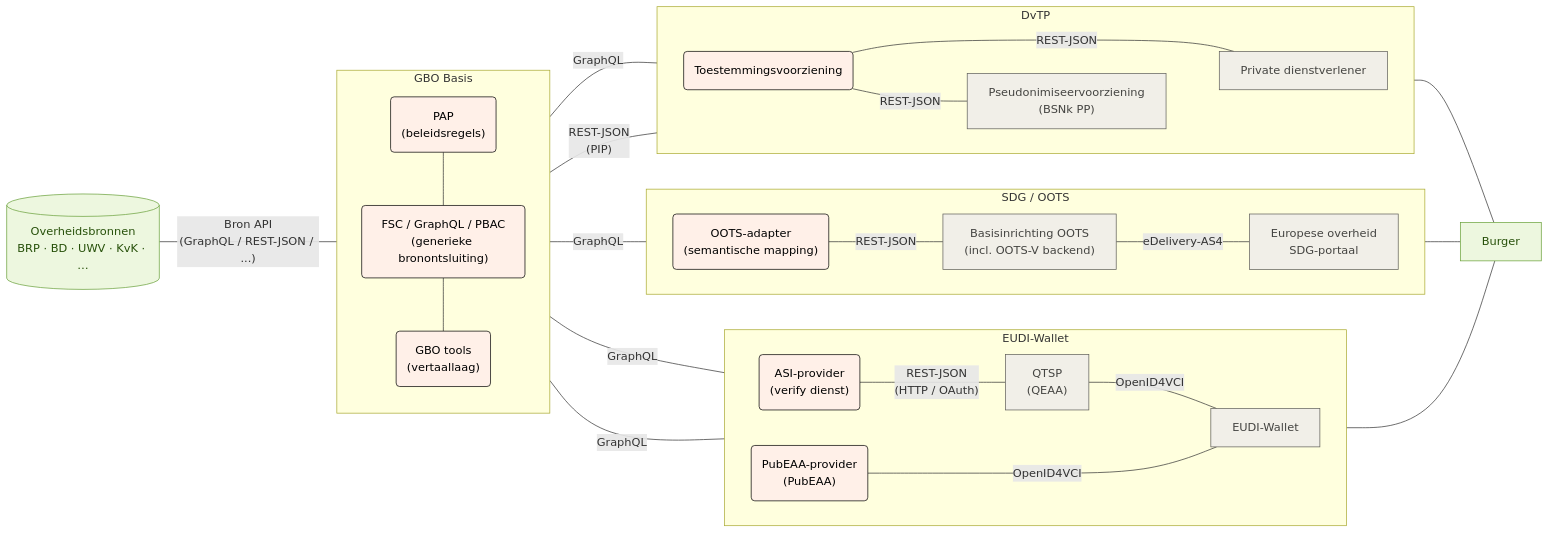
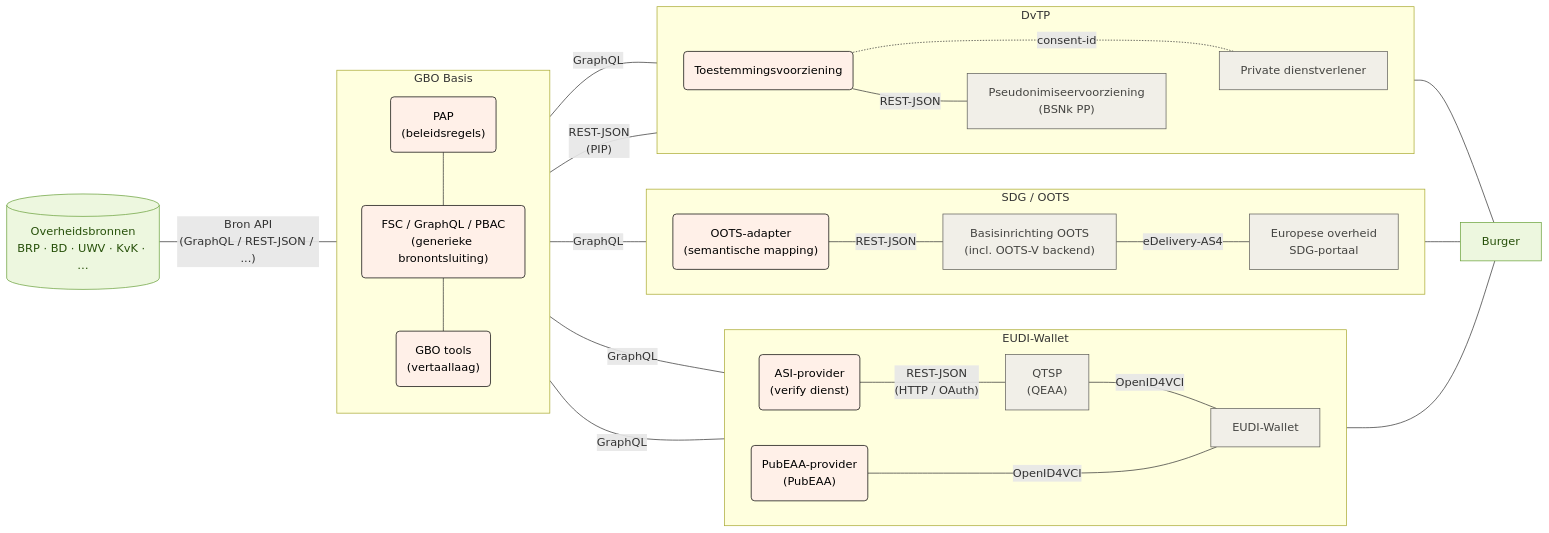
The diagram in main/diagrammen/gbo_swimlanes.mmd (ICTU/GBO-GO), drawn with Mermaid before and after one commit. The commit also changed 5 other files, not shown here.

```diff
--- a/main/diagrammen/gbo_swimlanes.mmd
+++ b/main/diagrammen/gbo_swimlanes.mmd
@@ -1,67 +1,67 @@
 flowchart LR
   subgraph gbo["GBO Basis"]
     direction TB
         fsc_pap("PAP<br/>(beleidsregels)")
         fsc("FSC / GraphQL / PBAC<br/>(generieke bronontsluiting)")
         fsc_tools("GBO tools<br/>(vertaallaag)")
   end
   subgraph eudi["EUDI-Wallet"]
     direction LR
         eudi_asi("ASI-provider<br/>(verify dienst)")
         eudi_pubeaa("PubEAA-provider<br/>(PubEAA)")
         eudi_qeaa["QTSP<br/>(QEAA)"]
         eudi_wallet["EUDI-Wallet"]
   end
   subgraph oots["SDG / OOTS"]
     direction LR
         oots_adapter("OOTS-adapter<br/>(semantische mapping)")
         oots_basis["Basisinrichting OOTS<br/>(incl. OOTS-V backend)"]
         oots_afnemer["Europese overheid<br/>SDG-portaal"]
   end
   subgraph dvtp["DvTP"]
     direction LR
         dvtp_toestemming("Toestemmingsvoorziening")
         dvtp_pseudoniem["Pseudonimiseervoorziening<br/>(BSNk PP)"]
         dvtp_afnemer["Private dienstverlener"]
   end
 
   fsc_pap --- fsc
   fsc --- fsc_tools
   bron[("Overheidsbronnen<br/>BRP · BD · UWV · KvK · …")] -- Bron API<br/>(GraphQL / REST-JSON / ...) --- gbo
   eudi_asi -- REST-JSON<br/>(HTTP / OAuth) --- eudi_qeaa
   eudi_qeaa -- OpenID4VCI --- eudi_wallet
   gbo -- GraphQL --- eudi_asi & eudi_pubeaa & oots_adapter & dvtp_afnemer
   eudi_pubeaa -- OpenID4VCI ---- eudi_wallet
   oots_adapter -- REST-JSON --- oots_basis
   oots_basis -- eDelivery-AS4 --- oots_afnemer
   gbo -- REST-JSON<br/>(PIP) --- dvtp_toestemming
-  dvtp_toestemming -- REST-JSON --- dvtp_afnemer
+  dvtp_toestemming -. consent-id .- dvtp_afnemer
   dvtp_toestemming -- REST-JSON --- dvtp_pseudoniem
   dvtp_pseudoniem ~~~ dvtp_afnemer
   eudi_wallet --- burger["Burger"]
   oots_afnemer --- burger
   dvtp_afnemer --- burger
 
   fsc_pap:::gbo
   fsc:::gbo
   fsc_tools:::gbo
   eudi_asi:::gbo
   eudi_pubeaa:::gbo
   eudi_qeaa:::eudi
   eudi_wallet:::eudi
   oots_adapter:::gbo
   oots_basis:::oots
   oots_afnemer:::oots
   dvtp_toestemming:::gbo
   dvtp_pseudoniem:::dvtp
   dvtp_afnemer:::dvtp
   bron:::bron
   burger:::burger
 
   classDef bron fill:#edf7df,stroke:#6aa13a,color:#27500a
   classDef generiek fill:#f1efe8,stroke:#5f5e5a,color:#444441
   classDef eudi fill:#f1efe8,stroke:#5f5e5a,color:#444441
   classDef oots fill:#f1efe8,stroke:#5f5e5a,color:#444441
   classDef dvtp fill:#f1efe8,stroke:#5f5e5a,color:#444441
   classDef gbo fill:#fff0e8,stroke:#000000,color:#000000
   classDef burger fill:#edf7df,stroke:#6aa13a,color:#27500a
```
